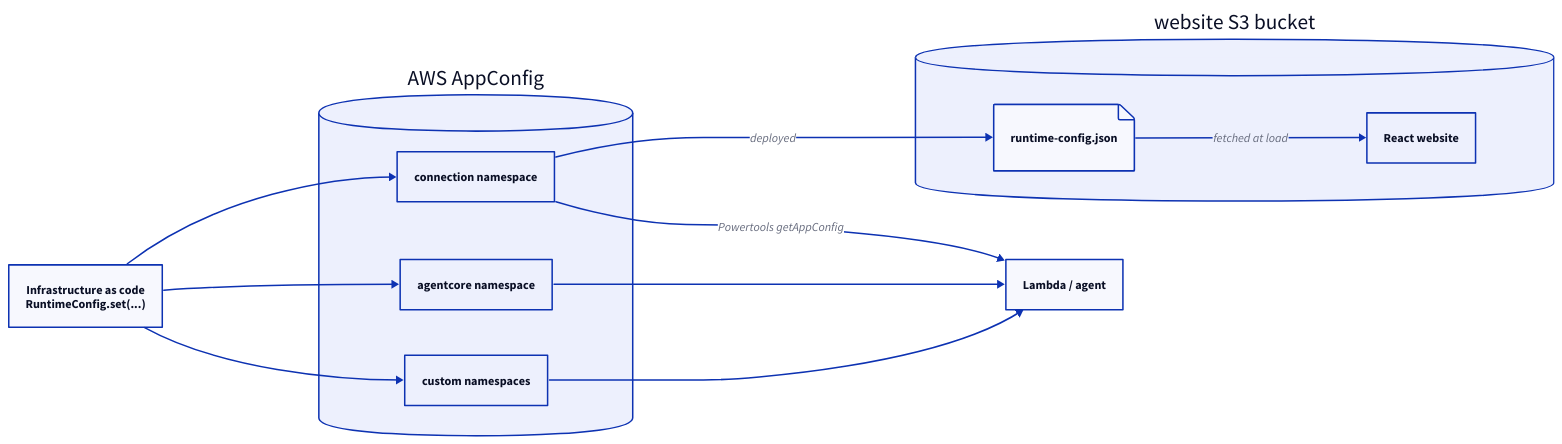
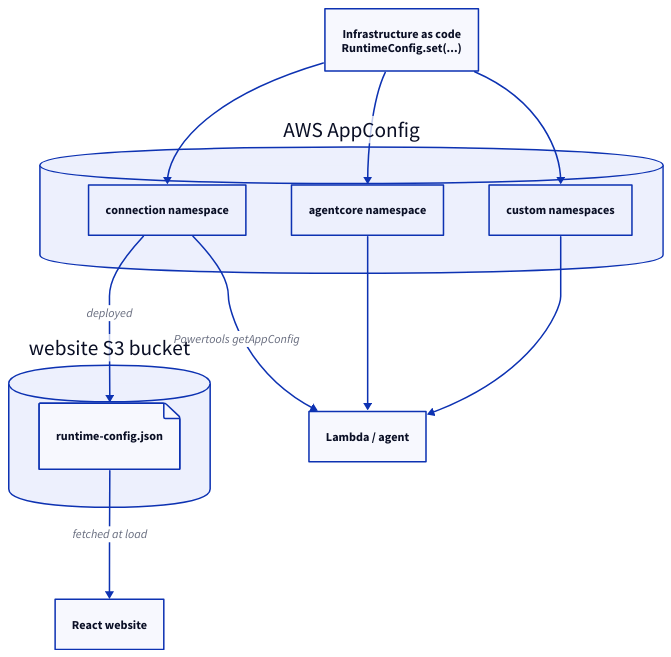
One commit to awslabs/nx-plugin-for-aws changed the diagram in docs/src/content/docs/en/guides/runtime-config.mdx. Above: the diagram before and after it, drawn with D2.

Commit message:
docs(runtime-config): stack diagram vertically to fit page width
With direction: right the diagram was rendering too narrow. Switching
to direction: down stacks IaC -> AppConfig -> S3 bucket -> React
website top-to-bottom, with the Lambda/agent branch coming off
AppConfig to the side. React website is back outside the S3 bucket
since it only fetches runtime-config.json, it doesn't live there.

````diff
--- a/docs/src/content/docs/en/guides/runtime-config.mdx
+++ b/docs/src/content/docs/en/guides/runtime-config.mdx
@@ -27,33 +27,34 @@
 ```d2
-direction: right
+direction: down
 
 iac: "Infrastructure as code\nRuntimeConfig.set(...)"
 
 appconfig: "AWS AppConfig" {
   shape: cylinder
   connection: "connection namespace"
   agentcore: "agentcore namespace"
   custom: "custom namespaces"
 }
 
 s3: "website S3 bucket" {
   shape: cylinder
   rcj: runtime-config.json {
     shape: page
   }
-  website: React website
-  rcj -> website: fetched at load
 }
+
+website: React website
 
 server: Lambda / agent
 
 iac -> appconfig.connection
 iac -> appconfig.agentcore
 iac -> appconfig.custom
 
 appconfig.connection -> s3.rcj: deployed
+s3.rcj -> website: fetched at load
 
 appconfig.connection -> server: Powertools getAppConfig
 appconfig.agentcore -> server
 appconfig.custom -> server
 ```
````
